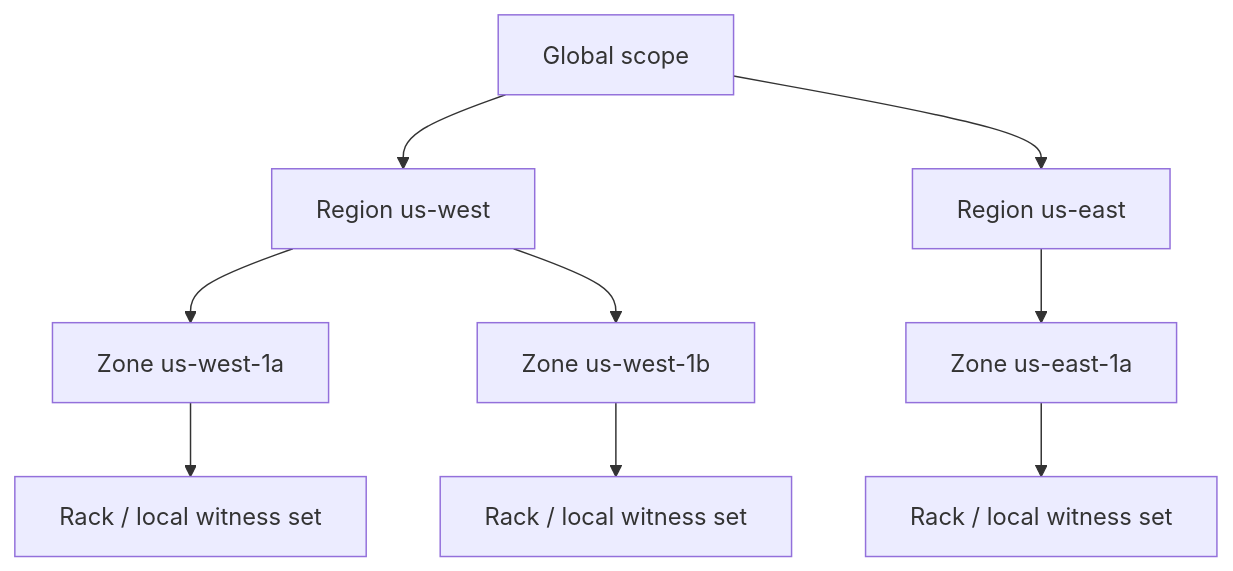
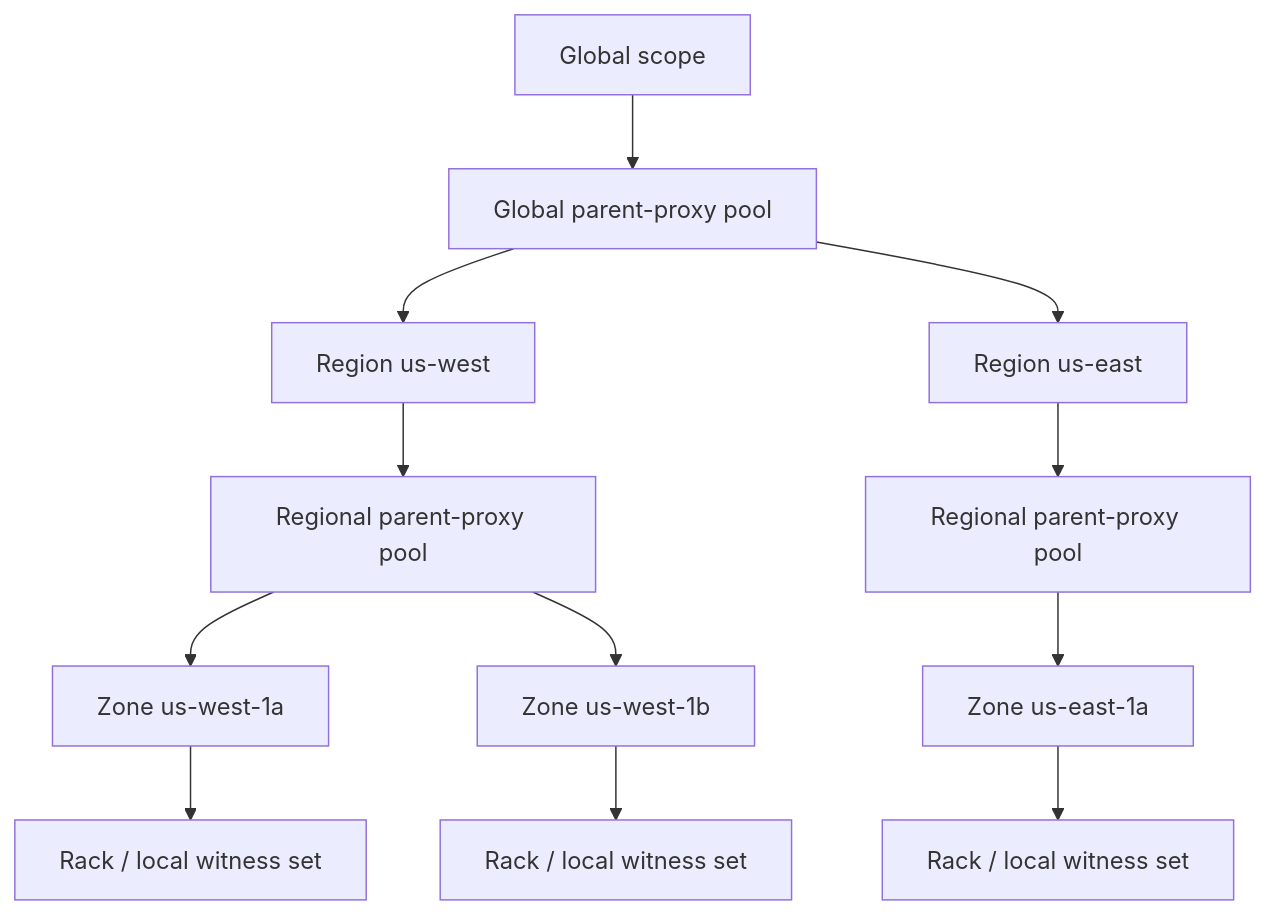
One commit to henry-filgueiras/schedspec changed the fourth of 7 diagrams in docs/DIAGRAMS.md. Above: the diagram before and after it, drawn with Mermaid. The commit also changed other lines of this file and 6 other files, not shown here.

````diff
--- a/docs/DIAGRAMS.md
+++ b/docs/DIAGRAMS.md
@@ -94,11 +88,14 @@
 ```mermaid
 flowchart TB
-    G["Global scope"] --> R1["Region us-west"]
-    G --> R2["Region us-east"]
-    R1 --> Z1["Zone us-west-1a"]
-    R1 --> Z2["Zone us-west-1b"]
-    R2 --> Z3["Zone us-east-1a"]
+    G["Global scope"] --> GP1["Global parent-proxy pool"]
+    GP1 --> R1["Region us-west"]
+    GP1 --> R2["Region us-east"]
+    R1 --> RP1["Regional parent-proxy pool"]
+    R2 --> RP2["Regional parent-proxy pool"]
+    RP1 --> Z1["Zone us-west-1a"]
+    RP1 --> Z2["Zone us-west-1b"]
+    RP2 --> Z3["Zone us-east-1a"]
     Z1 --> N1["Rack / local witness set"]
     Z2 --> N2["Rack / local witness set"]
     Z3 --> N3["Rack / local witness set"]
 ```
````
